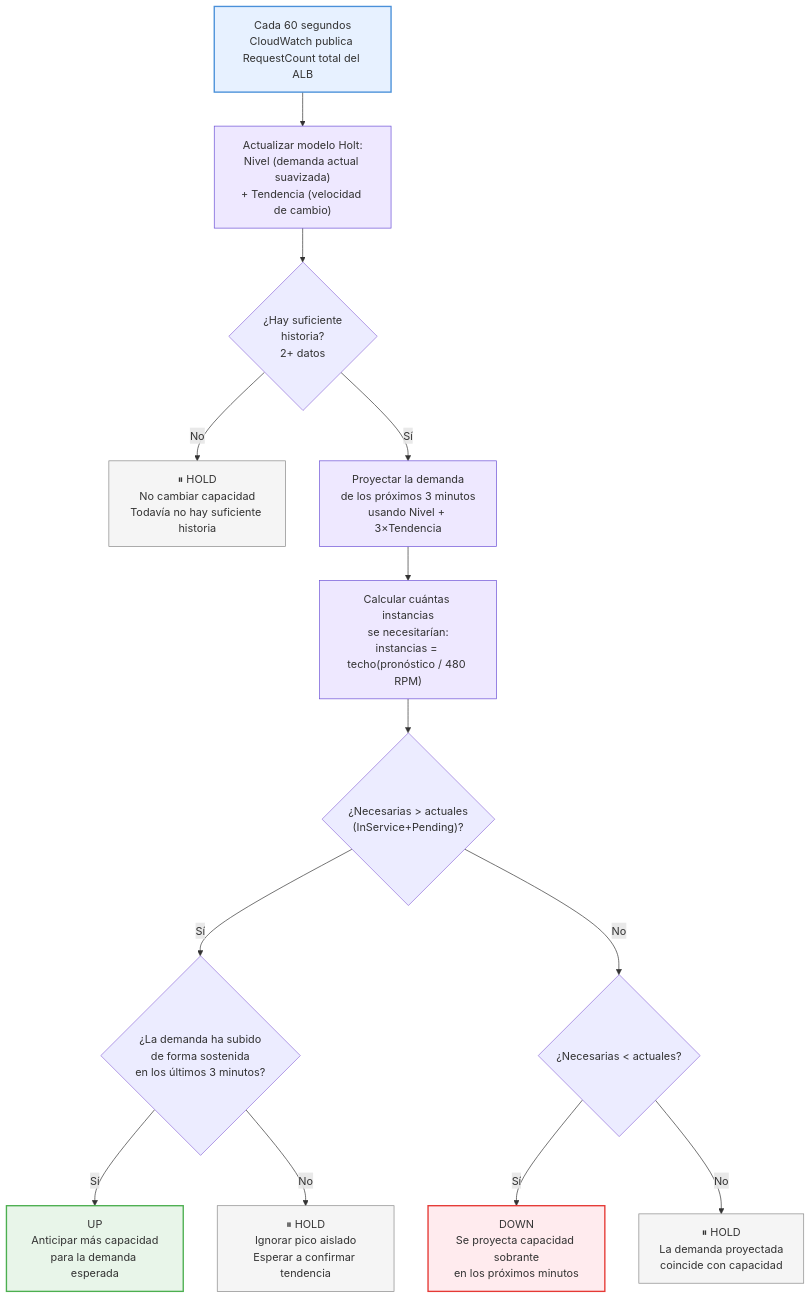
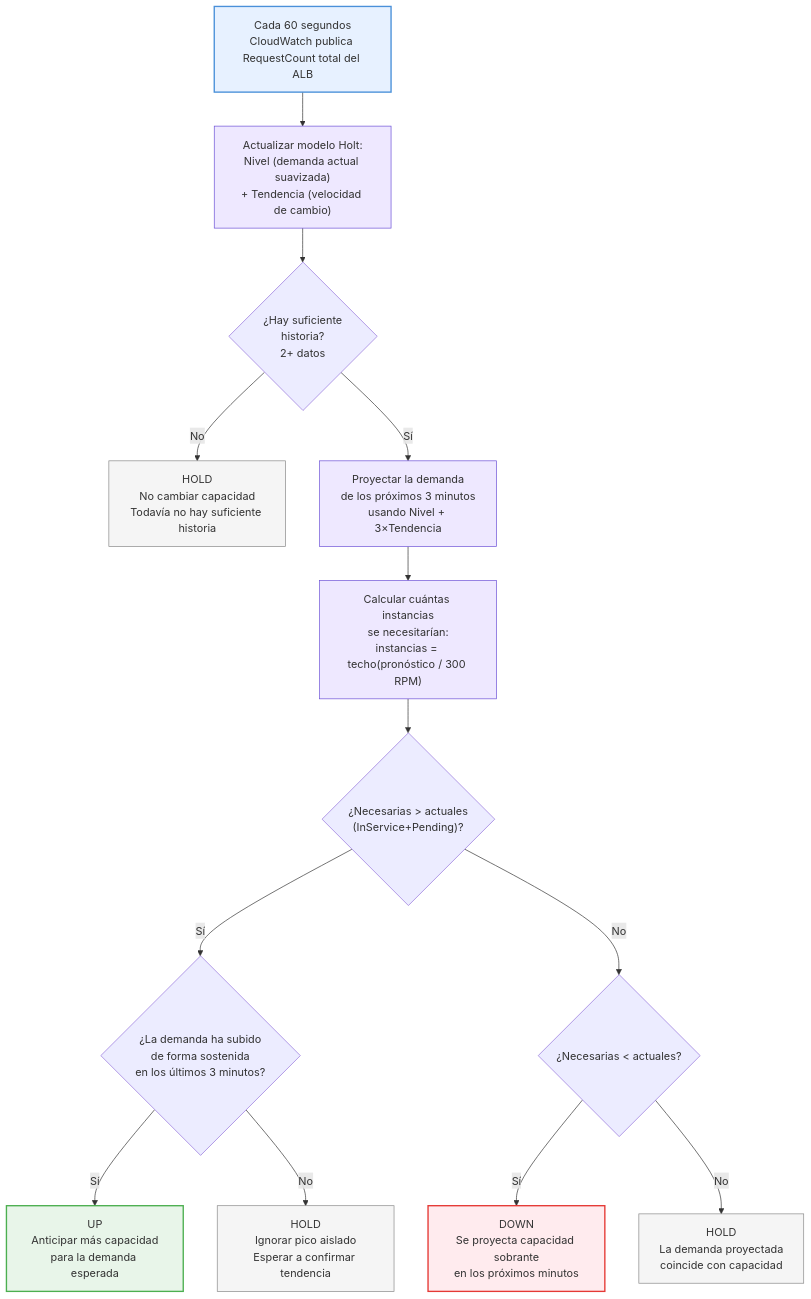
Before and after one commit to Lauraindabur/auto-scaling-controller: the third of 4 diagrams in README.md, drawn with Mermaid. The commit also changed other lines of this file, not shown here.

Commit message:
Update C_RPM value and adjust related descriptions

````diff
--- a/README.md
+++ b/README.md
@@ -222,37 +222,30 @@
 ```mermaid
-flowchart TD
-    P0["Cada 60 segundos<br/>CloudWatch publica RequestCount total del ALB"]
-    P0 --> P1["Actualizar modelo Holt:<br/>Nivel (demanda actual suavizada)<br/>+ Tendencia (velocidad de cambio)"]
+flowchart TB
+    P0["Cada 60 segundos<br>CloudWatch publica RequestCount total del ALB"] --> P1["Actualizar modelo Holt:<br>Nivel (demanda actual suavizada)<br>+ Tendencia (velocidad de cambio)"]
+    P1 --> P2{"¿Hay suficiente<br>historia?<br>2+ datos"}
+    P2 -- No --> PHOLD0[" HOLD<br>No cambiar capacidad<br>Todavía no hay suficiente historia"]
+    P2 -- Sí --> P3["Proyectar la demanda<br>de los próximos 3 minutos<br>usando Nivel + 3×Tendencia"]
+    P3 --> P4["Calcular cuántas instancias<br>se necesitarían:<br>instancias = techo(pronóstico / 300 RPM)"]
+    P4 --> P5{"¿Necesarias &gt; actuales<br>(InService+Pending)?"}
+    P5 -- Sí --> P6{"¿La demanda ha subido<br>de forma sostenida<br>en los últimos 3 minutos?"}
+    P6 -- Sí --> PUP["UP<br>Anticipar más capacidad<br>para la demanda esperada"]
+    P6 -- No --> PHOLD1[" HOLD<br>Ignorar pico aislado<br>Esperar a confirmar tendencia"]
+    P5 -- No --> P7{"¿Necesarias &lt; actuales?"}
+    P7 -- Sí --> PDOWN["DOWN<br>Se proyecta capacidad sobrante<br>en los próximos minutos"]
+    P7 -- No --> PHOLD2[" HOLD<br>La demanda proyectada<br>coincide con capacidad"]
 
-    P1 --> P2{"¿Hay suficiente<br/>historia?<br/>2+ datos"}
-
-    P2 -->|No| PHOLD0["⏸ HOLD<br/>No cambiar capacidad<br/>Todavía no hay suficiente historia"]
-
-    P2 -->|Sí| P3["Proyectar la demanda<br/>de los próximos 3 minutos<br/>usando Nivel + 3×Tendencia"]
-
-    P3 --> P4["Calcular cuántas instancias<br/>se necesitarían:<br/>instancias = techo(pronóstico / 480 RPM)"]
-
-    P4 --> P5{"¿Necesarias > actuales<br/>(InService+Pending)?"}
-
-    P5 -->|Sí| P6{"¿La demanda ha subido<br/>de forma sostenida<br/>en los últimos 3 minutos?"}
-
-    P6 -->|Sí| PUP[" UP<br/>Anticipar más capacidad<br/>para la demanda esperada"]
-    P6 -->|No| PHOLD1["⏸ HOLD<br/>Ignorar pico aislado<br/>Esperar a confirmar tendencia"]
-
-    P5 -->|No| P7{"¿Necesarias < actuales?"}
-
-    P7 -->|Sí| PDOWN[" DOWN<br/>Se proyecta capacidad sobrante<br/>en los próximos minutos"]
-    P7 -->|No| PHOLD2["⏸ HOLD<br/>La demanda proyectada<br/>coincide con capacidad"]
-
+     P0:::metric
+     P1:::calc
+     PHOLD0:::hold
+     P3:::calc
+     P4:::calc
+     PUP:::up
+     PHOLD1:::hold
+     PDOWN:::down
+     PHOLD2:::hold
     classDef metric fill:#e7f1ff,stroke:#4a90d9,stroke-width:2px
     classDef calc fill:#eee8ff,stroke:#6b4fd6,stroke-width:1px
     classDef up fill:#e8f5e9,stroke:#4caf50,stroke-width:2px
     classDef down fill:#ffebee,stroke:#e53935,stroke-width:2px
     classDef hold fill:#f5f5f5,stroke:#888,stroke-width:1px
-
-    class P0 metric
-    class P1,P3,P4 calc
-    class PUP up
-    class PDOWN down
-    class PHOLD0,PHOLD1,PHOLD2 hold
 ```
````
